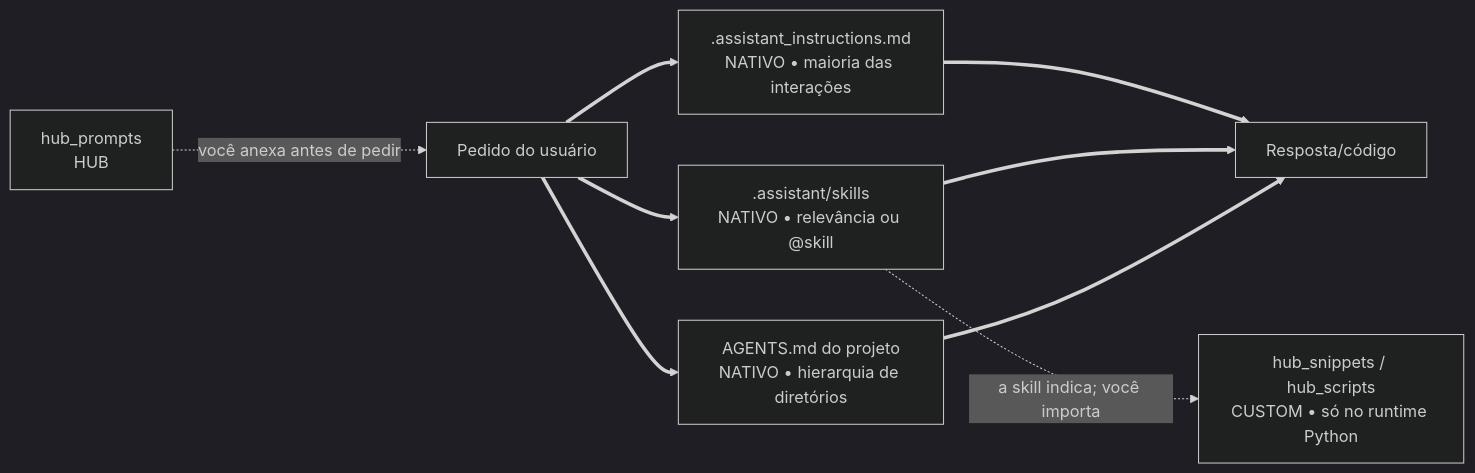
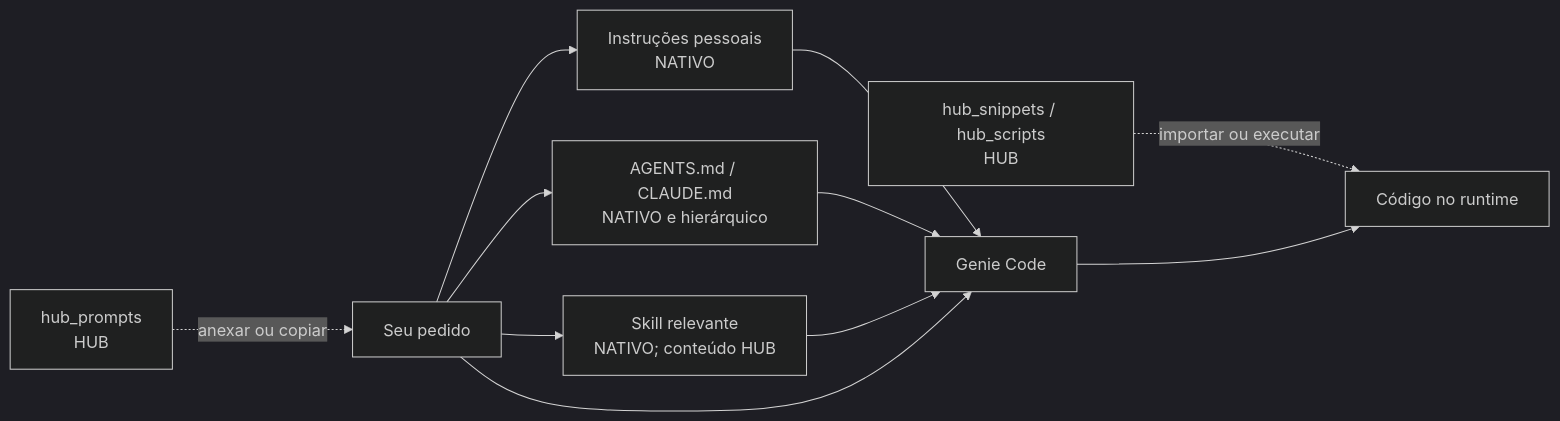
One commit to Guimarais-R-Rodrigo/Ambiente_Databricks changed the diagram in Novo_Ambiente_Simulado/Users/usuario-free/.assistant/README.md. Above: the diagram before and after it, drawn with Mermaid (dark theme). The commit also changed other lines of this file and 32 other files, not shown here.

````diff
--- a/Novo_Ambiente_Simulado/Users/usuario-free/.assistant/README.md
+++ b/Novo_Ambiente_Simulado/Users/usuario-free/.assistant/README.md
@@ -37,11 +27,13 @@
 ```mermaid
 flowchart LR
-  U["Pedido do usuário"] ==> I[".assistant_instructions.md\nNATIVO • maioria das interações"]
-  U ==> S[".assistant/skills\nNATIVO • relevância ou @skill"]
-  U ==> A["AGENTS.md do projeto\nNATIVO • hierarquia de diretórios"]
-  P["hub_prompts\nHUB"] -.->|"você anexa antes de pedir"| U
-  S -.->|"a skill indica; você importa"| H["hub_snippets / hub_scripts\nCUSTOM • só no runtime Python"]
-  I ==> R["Resposta/código"]
-  S ==> R
-  A ==> R
+  Q["Seu pedido"] --> U["Instruções pessoais<br/>NATIVO"]
+  Q --> A["AGENTS.md / CLAUDE.md<br/>NATIVO e hierárquico"]
+  Q --> S["Skill relevante<br/>NATIVO; conteúdo HUB"]
+  P["hub_prompts<br/>HUB"] -.->|"anexar ou copiar"| Q
+  H["hub_snippets / hub_scripts<br/>HUB"] -.->|"importar ou executar"| R["Código no runtime"]
+  U --> G["Genie Code"]
+  A --> G
+  S --> G
+  Q --> G
+  G --> R
 ```
````
